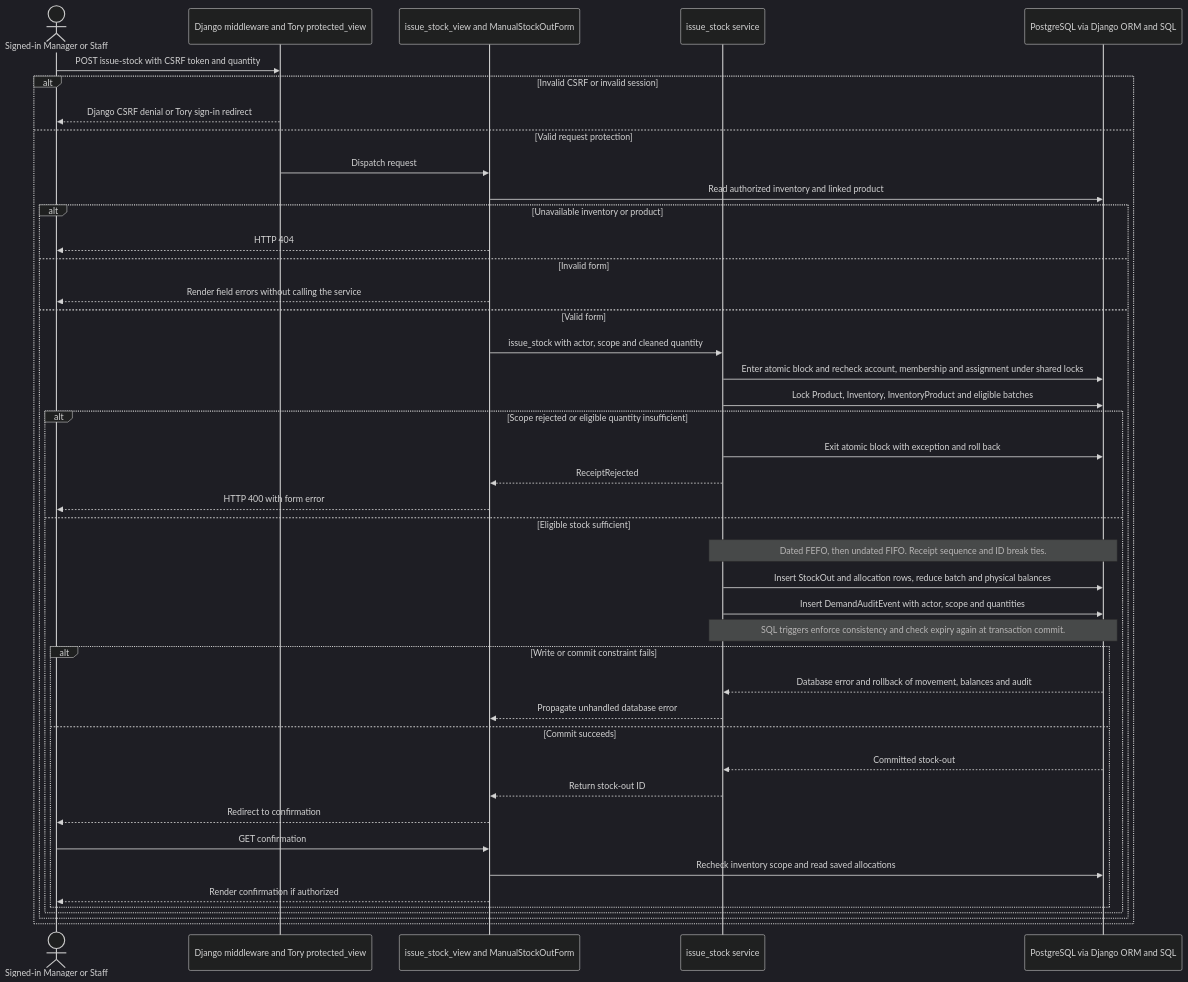
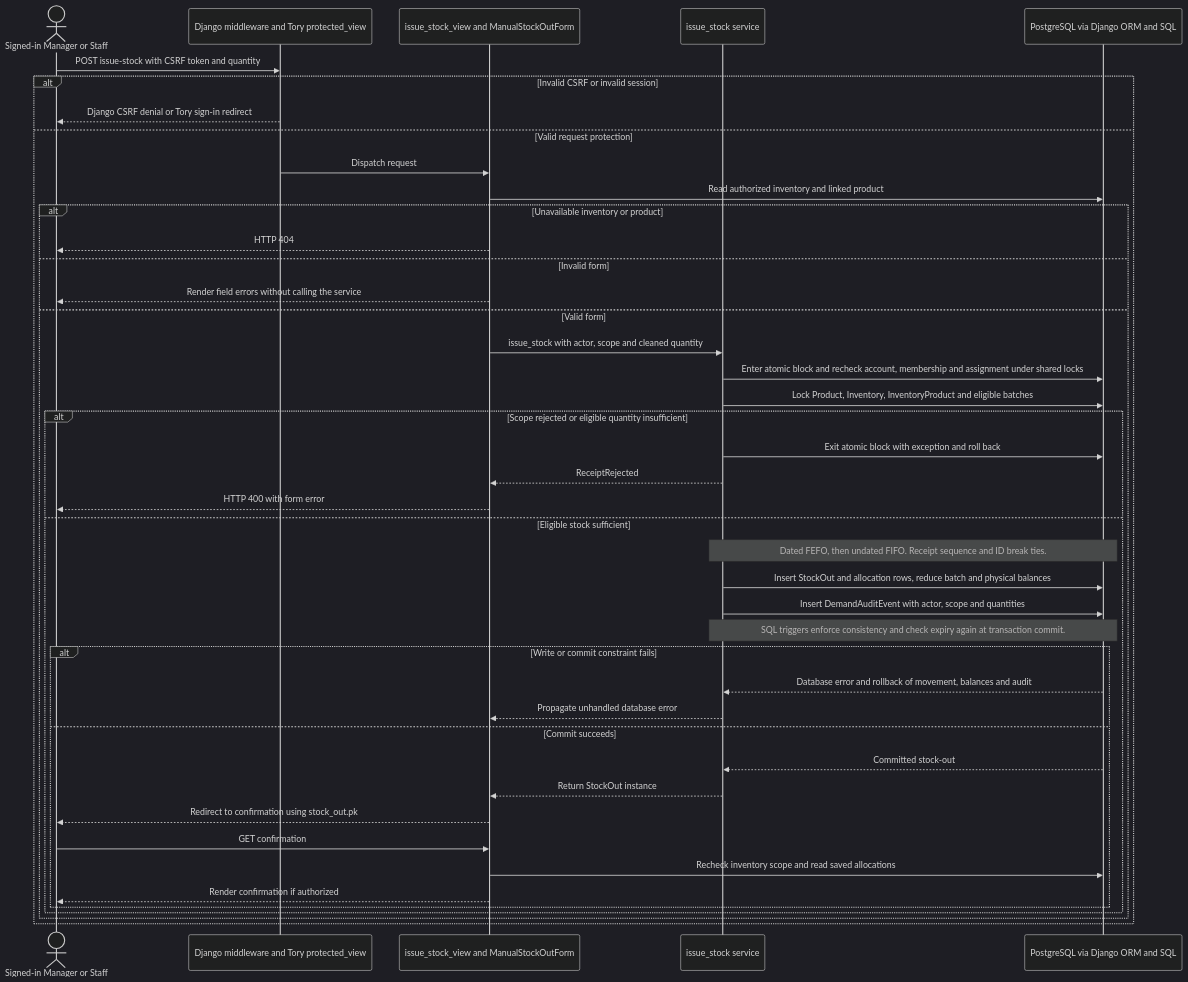
Before and after one commit to Mike-Franco/ay2627s2-cicdp-MikeAbat: the second of 2 diagrams in docs/design/ARCHITECTURE.md, drawn with Mermaid (dark theme). The commit also changed other lines of this file and 1 other file, not shown here.

Commit message:
docs(TORY-28): correct architecture labels and split lifecycle ERD

````diff
--- a/docs/design/ARCHITECTURE.md
+++ b/docs/design/ARCHITECTURE.md
@@ -41,46 +41,46 @@
 ```mermaid
 sequenceDiagram
     actor B as Signed-in Manager or Staff
     participant M as Django middleware and Tory protected_view
     participant V as issue_stock_view and ManualStockOutForm
     participant S as issue_stock service
     participant P as PostgreSQL via Django ORM and SQL
 
     B->>M: POST issue-stock with CSRF token and quantity
     alt Invalid CSRF or invalid session
         M-->>B: Django CSRF denial or Tory sign-in redirect
     else Valid request protection
         M->>V: Dispatch request
         V->>P: Read authorized inventory and linked product
         alt Unavailable inventory or product
             V-->>B: HTTP 404
         else Invalid form
             V-->>B: Render field errors without calling the service
         else Valid form
             V->>S: issue_stock with actor, scope and cleaned quantity
             S->>P: Enter atomic block and recheck account, membership and assignment under shared locks
             S->>P: Lock Product, Inventory, InventoryProduct and eligible batches
             alt Scope rejected or eligible quantity insufficient
                 S->>P: Exit atomic block with exception and roll back
                 S-->>V: ReceiptRejected
                 V-->>B: HTTP 400 with form error
             else Eligible stock sufficient
                 Note over S,P: Dated FEFO, then undated FIFO. Receipt sequence and ID break ties.
                 S->>P: Insert StockOut and allocation rows, reduce batch and physical balances
                 S->>P: Insert DemandAuditEvent with actor, scope and quantities
                 Note over S,P: SQL triggers enforce consistency and check expiry again at transaction commit.
                 alt Write or commit constraint fails
                     P-->>S: Database error and rollback of movement, balances and audit
                     S-->>V: Propagate unhandled database error
                 else Commit succeeds
                     P-->>S: Committed stock-out
-                    S-->>V: Return stock-out ID
-                    V-->>B: Redirect to confirmation
+                    S-->>V: Return StockOut instance
+                    V-->>B: Redirect to confirmation using stock_out.pk
                     B->>V: GET confirmation
                     V->>P: Recheck inventory scope and read saved allocations
                     V-->>B: Render confirmation if authorized
                 end
             end
         end
     end
 ```
````
